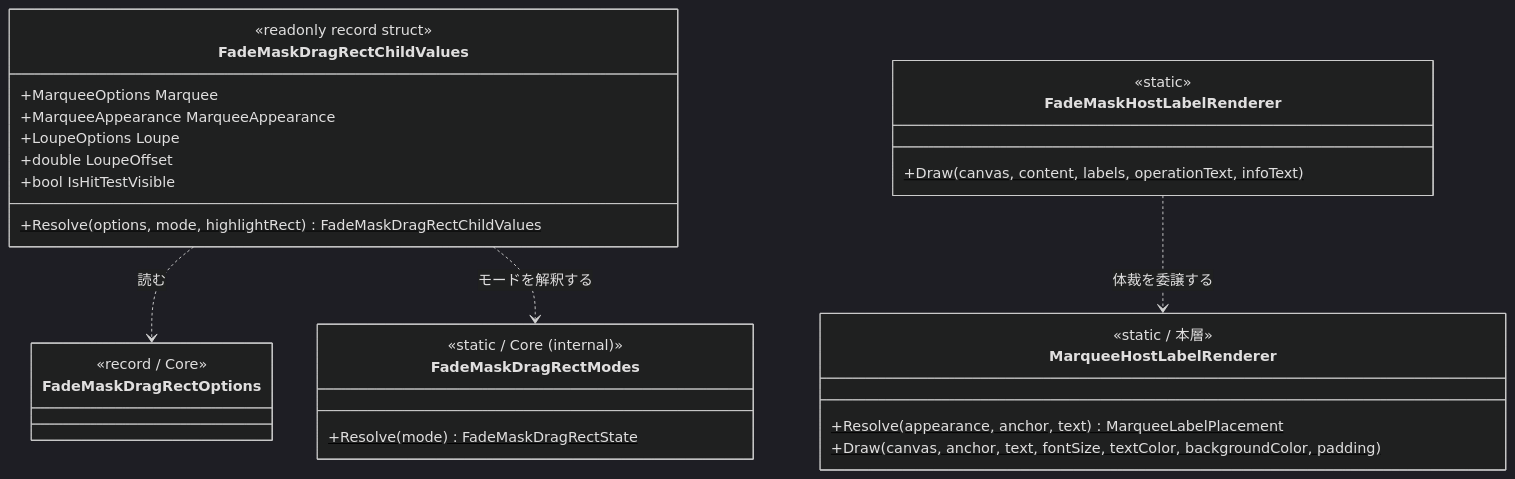
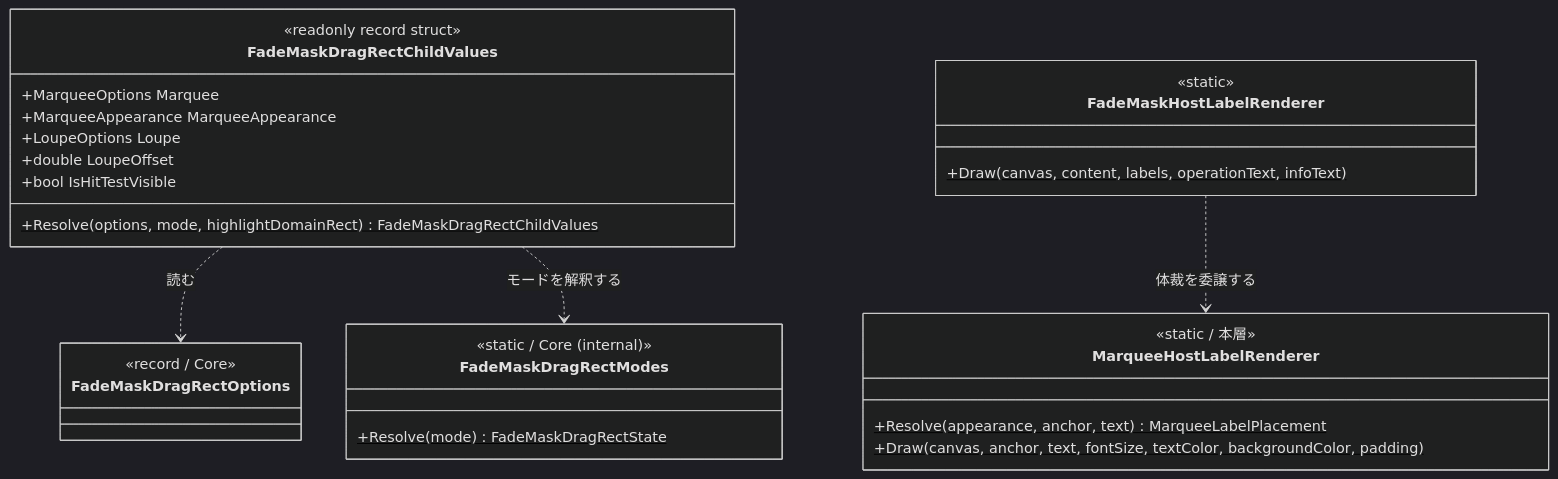
One commit to tomokuni/SaveEvidence changed the second of 5 diagrams in src/FadeMaskDragRectControl.UIBase/SPEC_System.md. Above: the diagram before and after it, drawn with Mermaid (dark theme). The commit also changed other lines of this file and 106 other files, not shown here.

````diff
--- a/src/FadeMaskDragRectControl.UIBase/SPEC_System.md
+++ b/src/FadeMaskDragRectControl.UIBase/SPEC_System.md
@@ -51,32 +51,32 @@
 ```mermaid
 classDiagram
   class FadeMaskDragRectChildValues {
     <<readonly record struct>>
     +MarqueeOptions Marquee
     +MarqueeAppearance MarqueeAppearance
     +LoupeOptions Loupe
     +double LoupeOffset
     +bool IsHitTestVisible
-    +Resolve(options, mode, highlightRect)$ FadeMaskDragRectChildValues
+    +Resolve(options, mode, highlightDomainRect)$ FadeMaskDragRectChildValues
   }
   class FadeMaskHostLabelRenderer {
     <<static>>
     +Draw(canvas, content, labels, operationText, infoText)$
   }
   class FadeMaskDragRectOptions {
     <<record / Core>>
   }
   class FadeMaskDragRectModes {
     <<static / Core (internal)>>
     +Resolve(mode)$ FadeMaskDragRectState
   }
   class MarqueeHostLabelRenderer {
     <<static / 本層>>
     +Resolve(appearance, anchor, text)$ MarqueeLabelPlacement
     +Draw(canvas, anchor, text, fontSize, textColor, backgroundColor, padding)$
   }
 
   FadeMaskDragRectChildValues ..> FadeMaskDragRectOptions : 読む
   FadeMaskDragRectChildValues ..> FadeMaskDragRectModes : モードを解釈する
   FadeMaskHostLabelRenderer ..> MarqueeHostLabelRenderer : 体裁を委譲する
 ```
````
